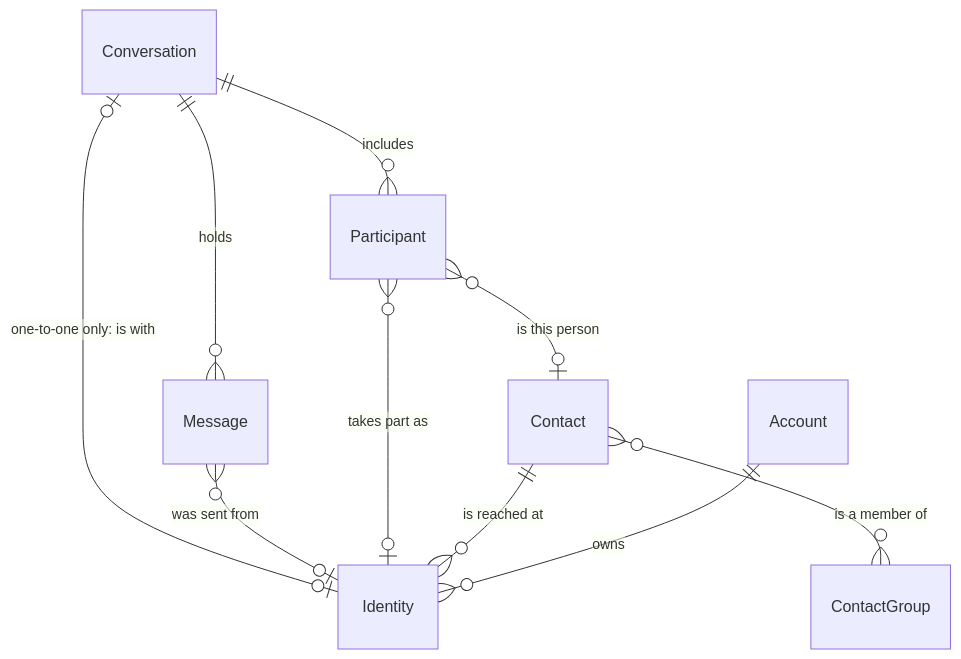
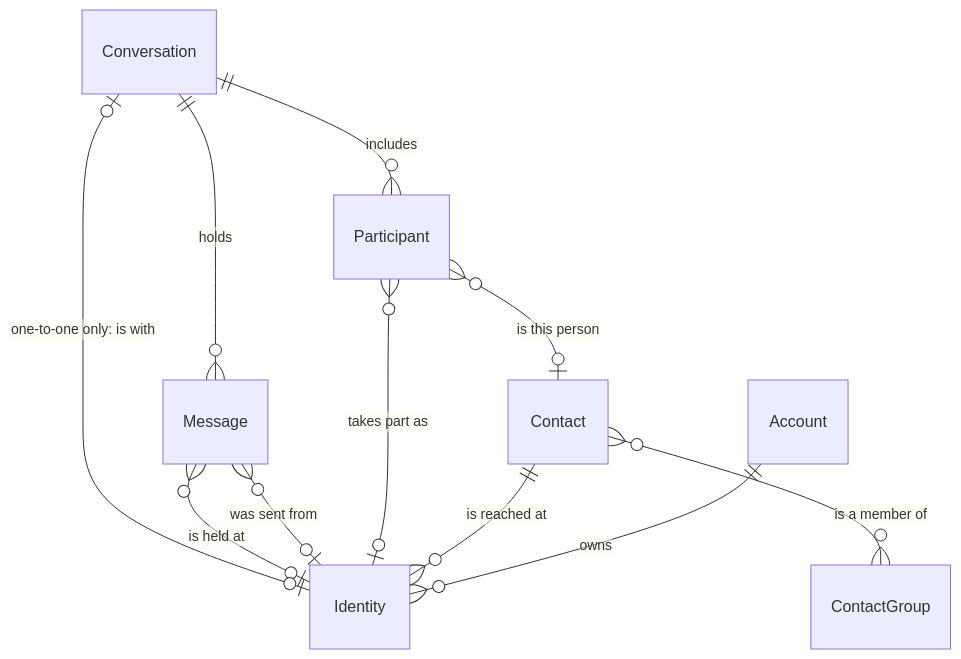
The first of 2 diagrams in docs/architecture/contacts-identities-and-messages.md (bitrealm-io/message-vault), drawn with Mermaid before and after one commit. The commit also changed other lines of this file and 17 other files, not shown here.

First line of the commit message:
fix: count an account identity's messages by the owner each message records (#717)

````diff
--- a/docs/architecture/contacts-identities-and-messages.md
+++ b/docs/architecture/contacts-identities-and-messages.md
@@ -16,12 +16,13 @@
 ```mermaid
 erDiagram
     Account ||--o{ Identity : "owns"
     Contact ||--o{ Identity : "is reached at"
     Contact }o--o{ ContactGroup : "is a member of"
     Conversation ||--o{ Participant : "includes"
     Participant }o--o| Identity : "takes part as"
     Participant }o--o| Contact : "is this person"
     Conversation ||--o{ Message : "holds"
     Message }o--o| Identity : "was sent from"
+    Message }o--o| Identity : "is held at"
     Conversation |o--o| Identity : "one-to-one only: is with"
 ```
````
